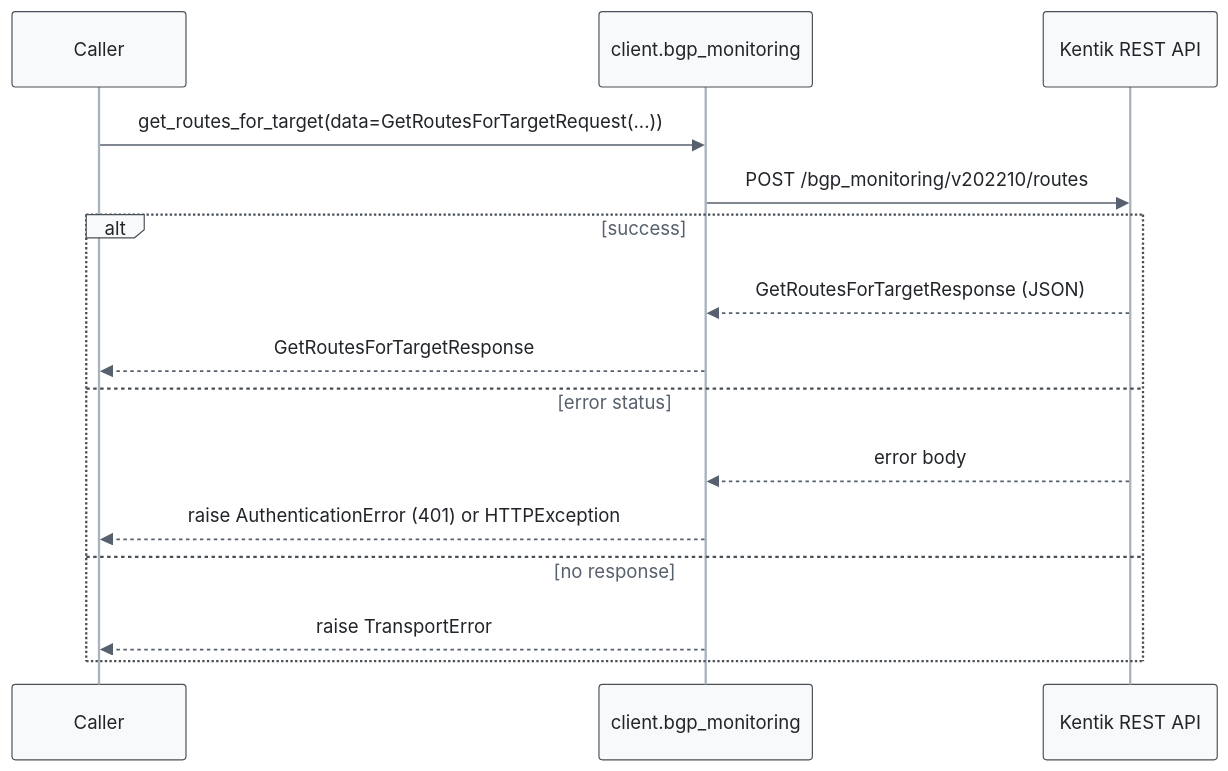
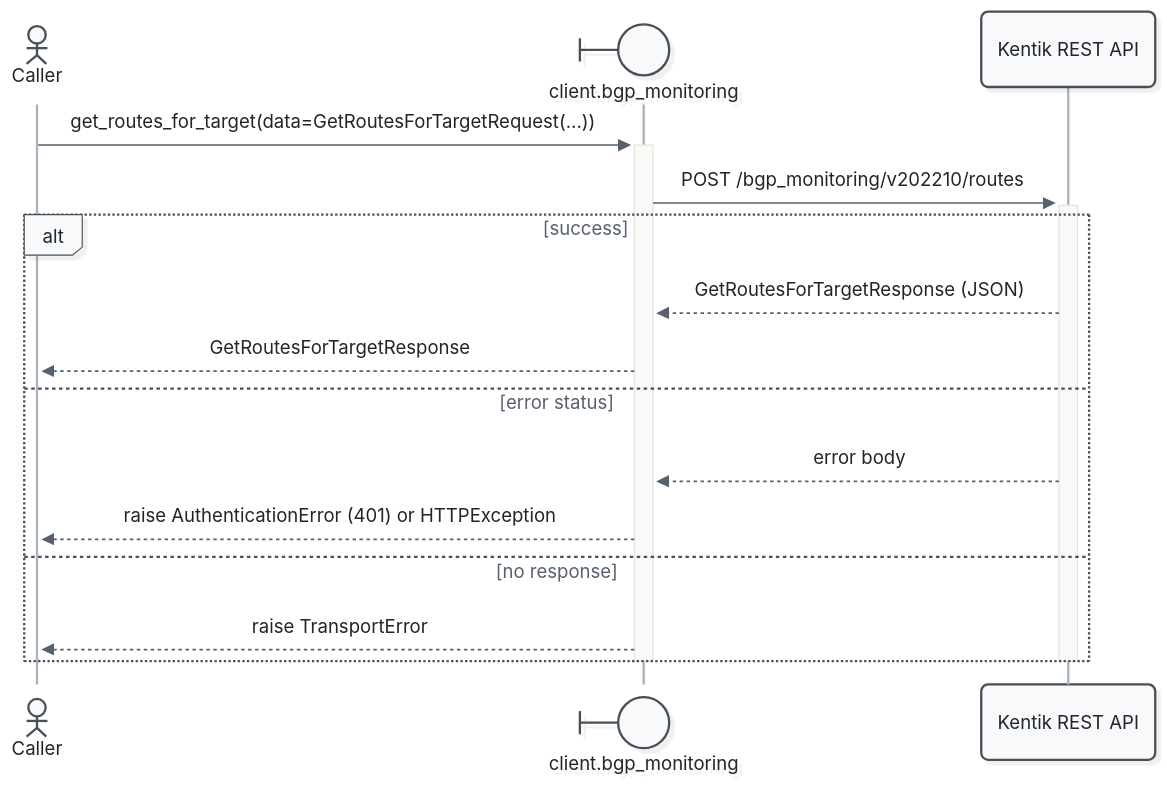
One commit to alexdearaujo/community_sdk_python changed the third of 17 diagrams in docs/sphinx/services/bgp_monitoring.md. Above: the diagram before and after it, drawn with Mermaid. The commit also changed other lines of this file and 52 other files, not shown here.

First line of the commit message:
docs: Mermaid 12 sequence diagrams with participant types and path colors

````diff
--- a/docs/sphinx/services/bgp_monitoring.md
+++ b/docs/sphinx/services/bgp_monitoring.md
@@ -114,19 +119,21 @@
 ```mermaid
-%%{init: {"theme": "base", "fontFamily": "ui-monospace, SFMono-Regular, Menlo, monospace", "themeVariables": {"fontFamily": "ui-monospace, SFMono-Regular, Menlo, monospace", "primaryColor": "#f8f9fa", "primaryBorderColor": "#495057", "primaryTextColor": "#212529", "textColor": "#212529", "lineColor": "#77818c", "edgeLabelBackground": "#ffffff", "actorBkg": "#f8f9fa", "actorBorder": "#495057", "actorTextColor": "#212529", "actorLineColor": "#a9b3be", "signalColor": "#57616d", "signalTextColor": "#212529", "labelBoxBkgColor": "#f8f9fa", "labelBoxBorderColor": "#495057", "labelTextColor": "#212529", "loopTextColor": "#57616d", "noteBkgColor": "#fff9db", "noteBorderColor": "#f08c00", "noteTextColor": "#a35a00"}, "flowchart": {"curve": "step", "nodeSpacing": 30, "rankSpacing": 70, "wrappingWidth": 400}}}%%
+%%{init: {"theme": "redux", "look": "neo", "layout": "dagre", "fontFamily": "ui-monospace, SFMono-Regular, Menlo, monospace", "themeVariables": {"fontFamily": "ui-monospace, SFMono-Regular, Menlo, monospace", "primaryColor": "#f8f9fa", "primaryBorderColor": "#495057", "primaryTextColor": "#212529", "textColor": "#212529", "lineColor": "#77818c", "edgeLabelBackground": "#ffffff", "actorBkg": "#f8f9fa", "actorBorder": "#495057", "actorTextColor": "#212529", "actorLineColor": "#a9b3be", "signalColor": "#57616d", "signalTextColor": "#212529", "labelBoxBkgColor": "#f8f9fa", "labelBoxBorderColor": "#495057", "labelTextColor": "#212529", "loopTextColor": "#57616d", "noteBkgColor": "#fff9db", "noteBorderColor": "#f08c00", "noteTextColor": "#a35a00"}, "sequence": {"activationWidth": 16}, "flowchart": {"curve": "step", "nodeSpacing": 30, "rankSpacing": 70, "wrappingWidth": 400}}}%%
 sequenceDiagram
-    participant C as Caller
-    participant W as client.bgp_monitoring
+    actor C as Caller
+    participant W@{ "type": "boundary" } as client.bgp_monitoring
     participant API as Kentik REST API
 
-    C->>W: get_routes_for_target(data=GetRoutesForTargetRequest(...))
-    W->>API: POST /bgp_monitoring/v202210/routes
+    C->>+W: get_routes_for_target(data=GetRoutesForTargetRequest(...))
+    W->>+API: POST /bgp_monitoring/v202210/routes
     alt success
         API-->>W: GetRoutesForTargetResponse (JSON)
         W-->>C: GetRoutesForTargetResponse
     else error status
         API-->>W: error body
         W-->>C: raise AuthenticationError (401) or HTTPException
     else no response
         W-->>C: raise TransportError
     end
+    deactivate API
+    deactivate W
 ```
````
